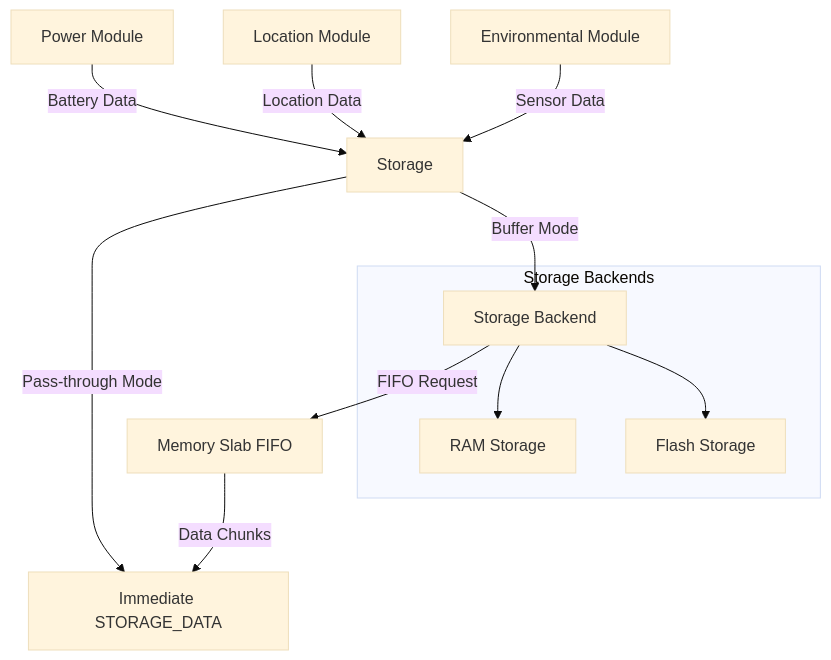
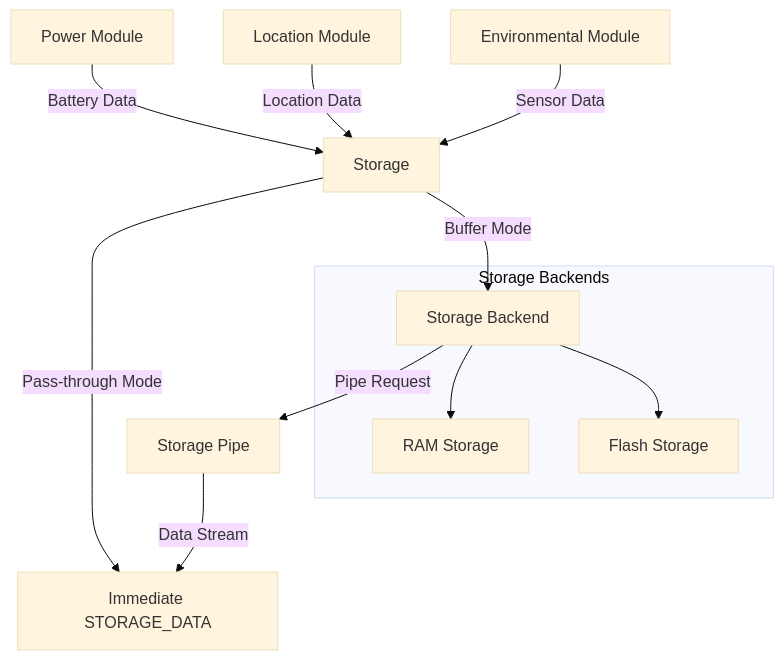
The third of 3 diagrams in docs/modules/storage.md (nrfconnect/Asset-Tracker-Template), drawn with Mermaid (base theme) before and after one commit. The commit also changed other lines of this file and 6 other files, not shown here.

Commit message:
wip: move from FIFO to pipe

````diff
--- a/docs/modules/storage.md
+++ b/docs/modules/storage.md
@@ -64,15 +65,15 @@
 ```mermaid
 graph TD
     Power[Power Module] -->|Battery Data| Storage
     Location[Location Module] -->|Location Data| Storage
     Environmental[Environmental Module] -->|Sensor Data| Storage
     Storage -->|Pass-through Mode| Output[Immediate STORAGE_DATA]
     Storage -->|Buffer Mode| Backend[Storage Backend]
-    Backend -->|FIFO Request| FIFO[Memory Slab FIFO]
-    FIFO -->|Data Chunks| Output
+    Backend -->|Pipe Request| Pipe[Storage Pipe]
+    Pipe -->|Data Stream| Output
 
     subgraph "Storage Backends"
         Backend --> RAM[RAM Storage]
         Backend --> Flash[Flash Storage]
     end
 ```
````
